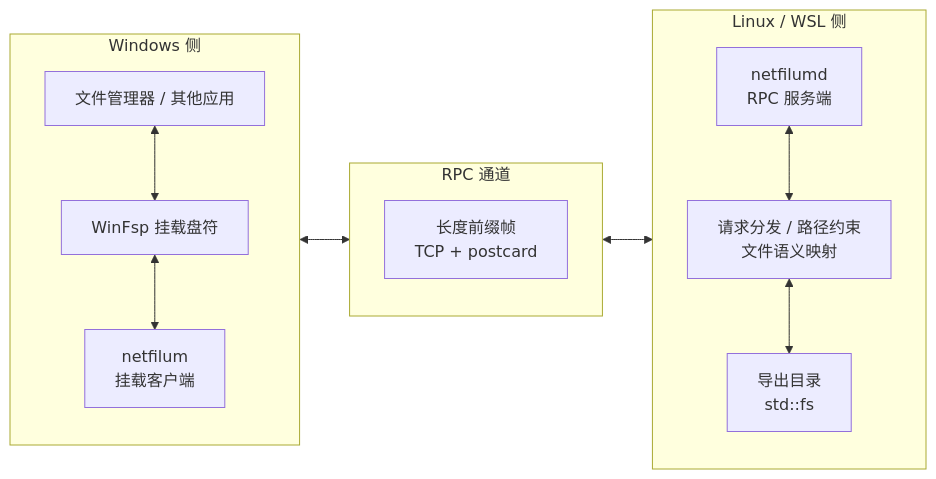
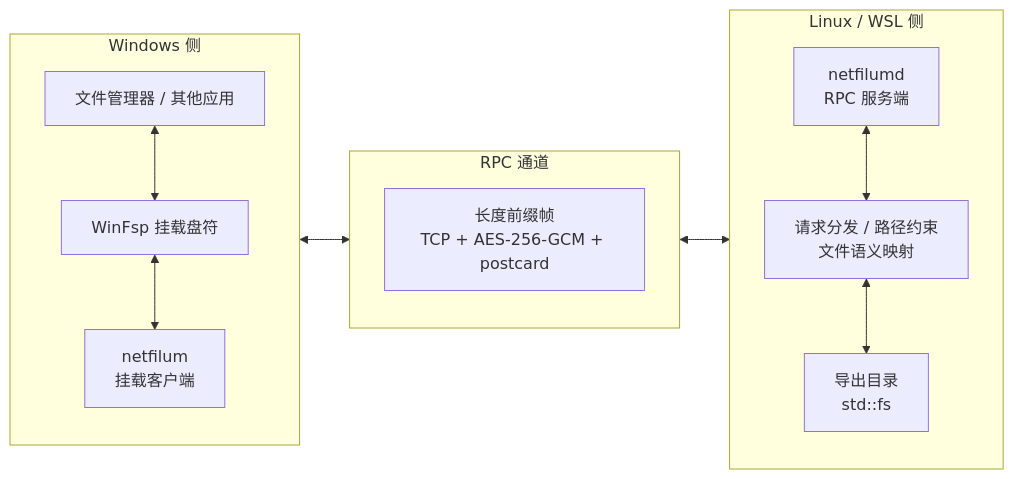
Before and after one commit to zetaloop/netfilum: the diagram in README.md, drawn with Mermaid. The commit also changed other lines of this file, not shown here.

First line of the commit message:
docs: document encrypted RPC usage

````diff
--- a/README.md
+++ b/README.md
@@ -14,30 +14,30 @@
 ```mermaid
 flowchart LR
     subgraph Win["Windows 侧"]
         direction TB
         Apps["文件管理器 / 其他应用"]
         Mount["WinFsp 挂载盘符"]
         Client["netfilum<br/>挂载客户端"]
 
         Apps <--> Mount
         Mount <--> Client
     end
 
     subgraph Wire["RPC 通道"]
         direction TB
-        Rpc["长度前缀帧<br/>TCP + postcard"]
+        Rpc["长度前缀帧<br/>TCP + AES-256-GCM + postcard"]
     end
 
     subgraph Linux["Linux / WSL 侧"]
         direction TB
         Server["netfilumd<br/>RPC 服务端"]
         Dispatch["请求分发 / 路径约束<br/>文件语义映射"]
         Fs["导出目录<br/>std::fs"]
 
         Server <--> Dispatch
         Dispatch <--> Fs
     end
 
     Win <--> Wire
     Wire <--> Linux
 ```
````
